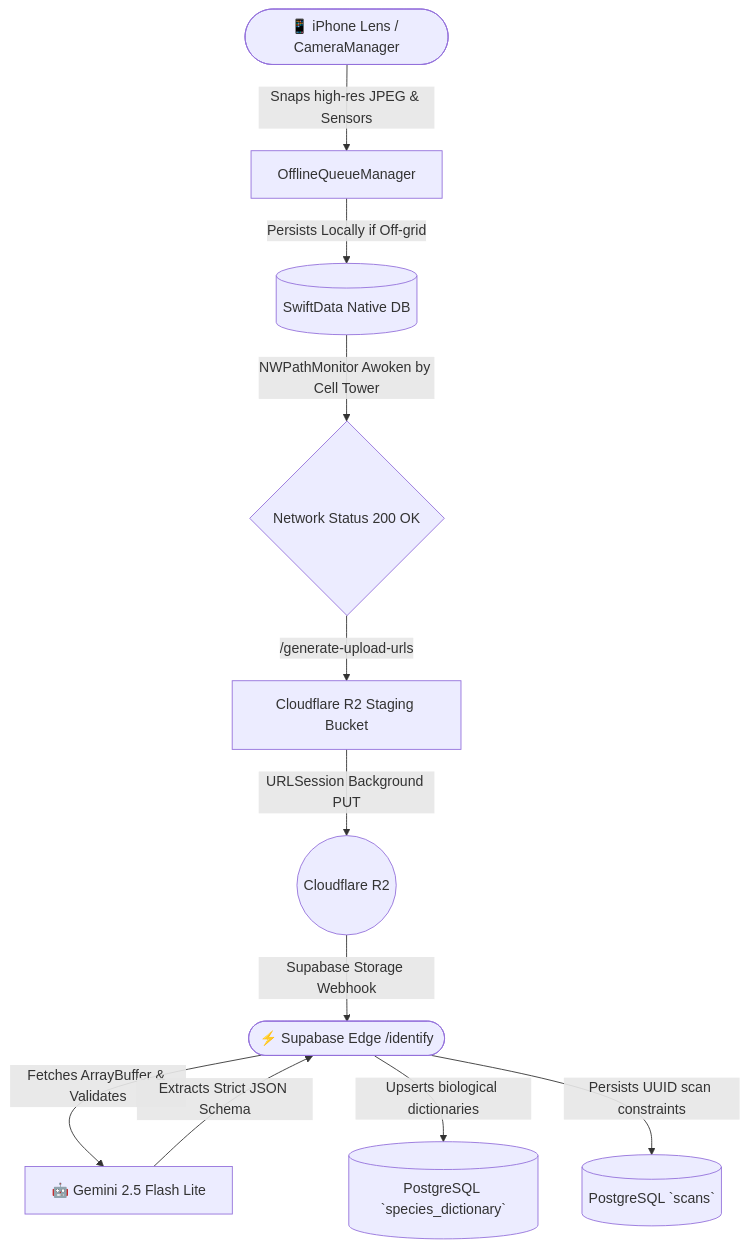
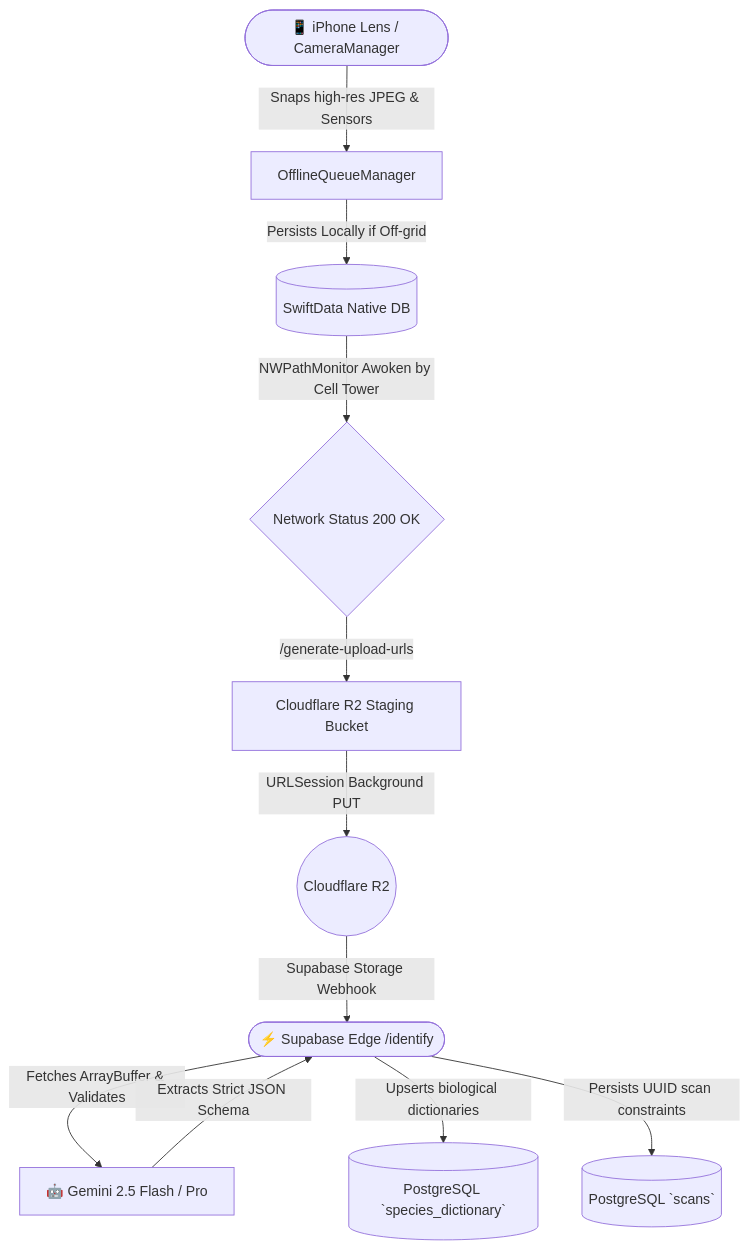
Before and after one commit to emreerdener/merian: the diagram in docs/01-System-Architecture.md, drawn with Mermaid. The commit also changed other lines of this file and 5 other files, not shown here.

Commit message:
docs: comprehensively update architectural documentation to accurately reflect dynamic AI model routing shifting away from Gemini 2.5 Flash Lite to Flash and Pro concurrently based on strict DB bounds, alongside explicitly tagging the new com.apple.developer.weatherkit native capability requirement

````diff
--- a/docs/01-System-Architecture.md
+++ b/docs/01-System-Architecture.md
@@ -7,16 +7,16 @@
 ```mermaid
 flowchart TD
     A([📱 iPhone Lens / CameraManager]) -->|Snaps high-res JPEG & Sensors| B[OfflineQueueManager]
     B -->|Persists Locally if Off-grid| C[(SwiftData Native DB)]
     C -->|NWPathMonitor Awoken by Cell Tower| D{Network Status 200 OK}
 
     D -->|/generate-upload-urls| E[Cloudflare R2 Staging Bucket]
     E -->|URLSession Background PUT| F((Cloudflare R2))
     F -->|Supabase Storage Webhook| G([⚡️ Supabase Edge /identify])
 
-    G -->|Fetches ArrayBuffer & Validates| H[🤖 Gemini 2.5 Flash Lite]
+    G -->|Fetches ArrayBuffer & Validates| H[🤖 Gemini 2.5 Flash / Pro]
     H -->|Extracts Strict JSON Schema| G
 
     G -->|Upserts biological dictionaries| I[(PostgreSQL `species_dictionary`)]
     G -->|Persists UUID scan constraints| J[(PostgreSQL `scans`)]
 ```
````
